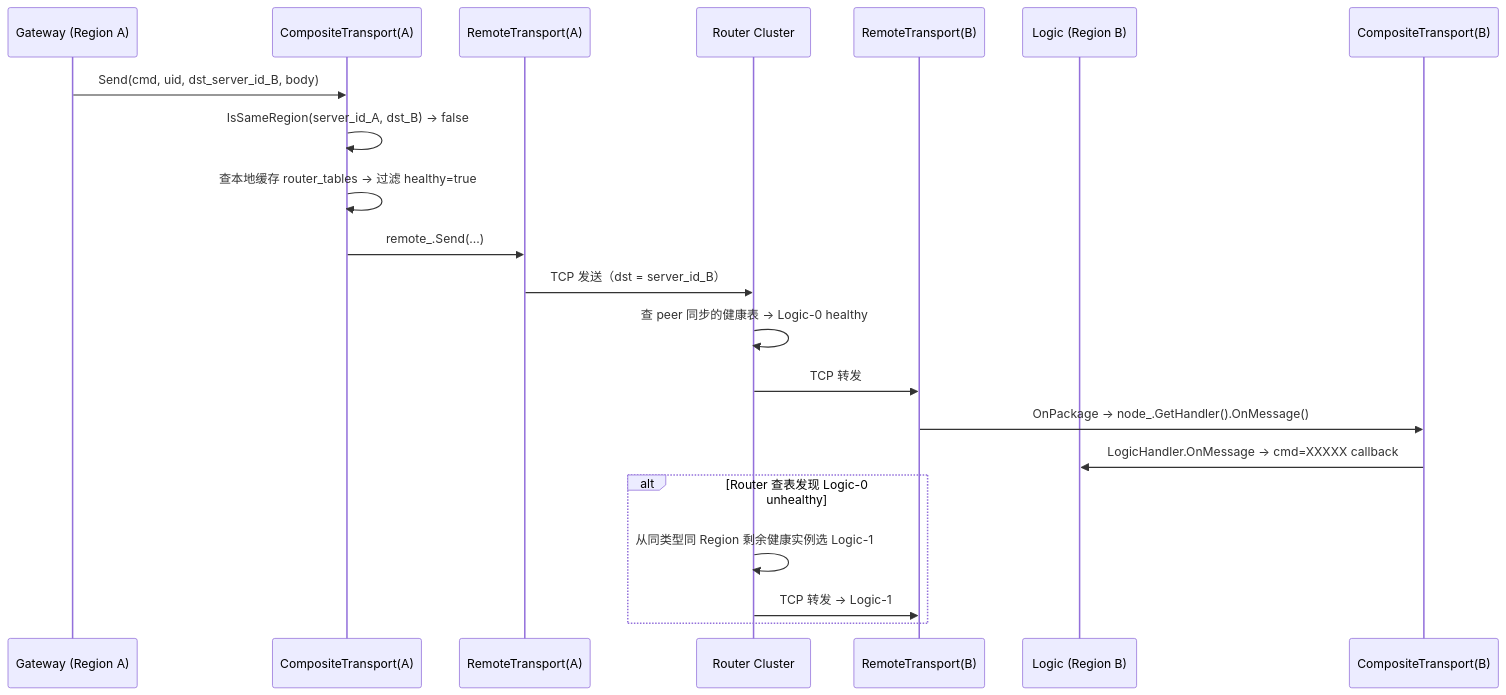
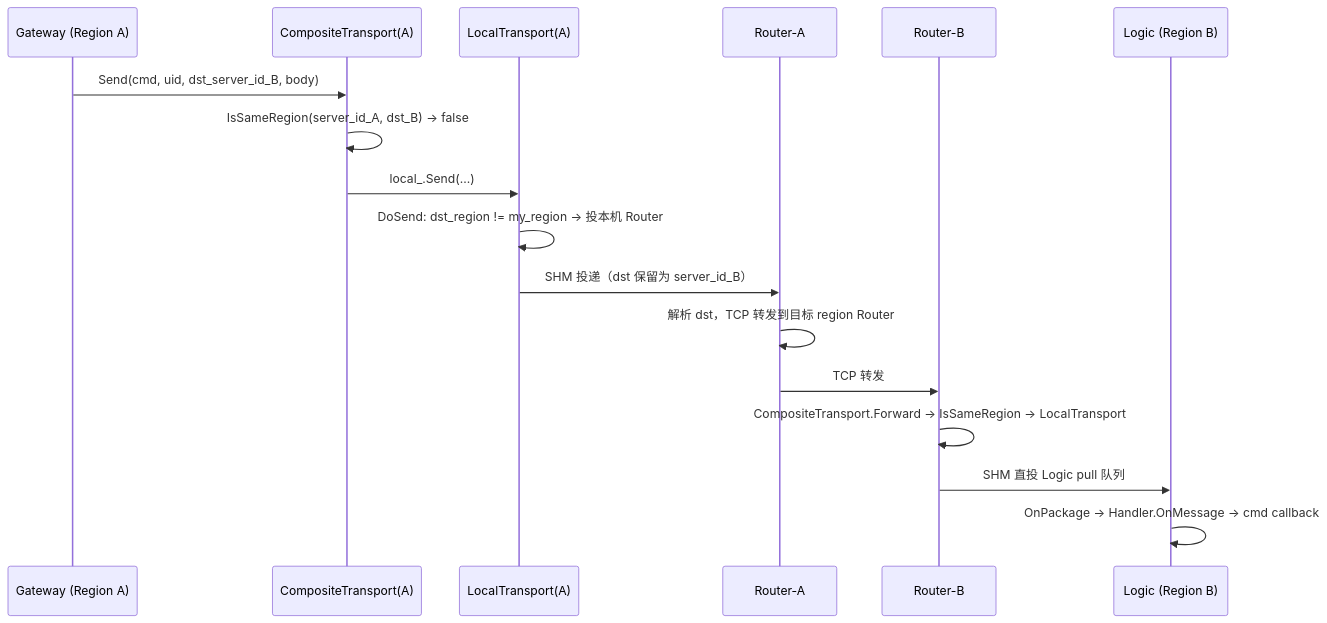
Before and after one commit to ysx-cpp/distributed-server-framework: the fourth of 6 diagrams in architecture/architecture_design.md, drawn with Mermaid. The commit also changed other lines of this file and 4 other files, not shown here.

````diff
--- a/architecture/architecture_design.md
+++ b/architecture/architecture_design.md
@@ -832,25 +976,20 @@
 ```mermaid
 sequenceDiagram
     participant SvcA as Gateway (Region A)
     participant CTA as CompositeTransport(A)
-    participant RTA as RemoteTransport(A)
-    participant Router as Router Cluster
-    participant RTB as RemoteTransport(B)
+    participant RTA as LocalTransport(A)
+    participant RouterA as Router-A
+    participant RouterB as Router-B
     participant SvcB as Logic (Region B)
-    participant CTB as CompositeTransport(B)
 
     SvcA->>CTA: Send(cmd, uid, dst_server_id_B, body)
     CTA->>CTA: IsSameRegion(server_id_A, dst_B) → false
-    CTA->>CTA: 查本地缓存 router_tables → 过滤 healthy=true
-    CTA->>RTA: remote_.Send(...)
-    RTA->>Router: TCP 发送（dst = server_id_B）
-    Router->>Router: 查 peer 同步的健康表 → Logic-0 healthy
-    Router->>RTB: TCP 转发
-    RTB->>CTB: OnPackage → node_.GetHandler().OnMessage()
-    CTB->>SvcB: LogicHandler.OnMessage → cmd=XXXXX callback
-
-    alt Router 查表发现 Logic-0 unhealthy
-        Router->>Router: 从同类型同 Region 剩余健康实例选 Logic-1
-        Router->>RTB: TCP 转发 → Logic-1
-    end
+    CTA->>RTA: local_.Send(...)
+    RTA->>RTA: DoSend: dst_region != my_region → 投本机 Router
+    RTA->>RouterA: SHM 投递（dst 保留为 server_id_B）
+    RouterA->>RouterA: 解析 dst，TCP 转发到目标 region Router
+    RouterA->>RouterB: TCP 转发
+    RouterB->>RouterB: CompositeTransport.Forward → IsSameRegion → LocalTransport
+    RouterB->>SvcB: SHM 直投 Logic pull 队列
+    SvcB->>SvcB: OnPackage → Handler.OnMessage → cmd callback
 ```
````
